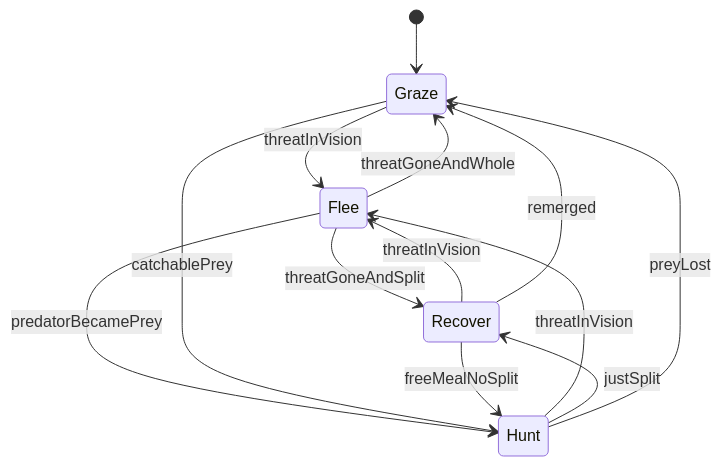
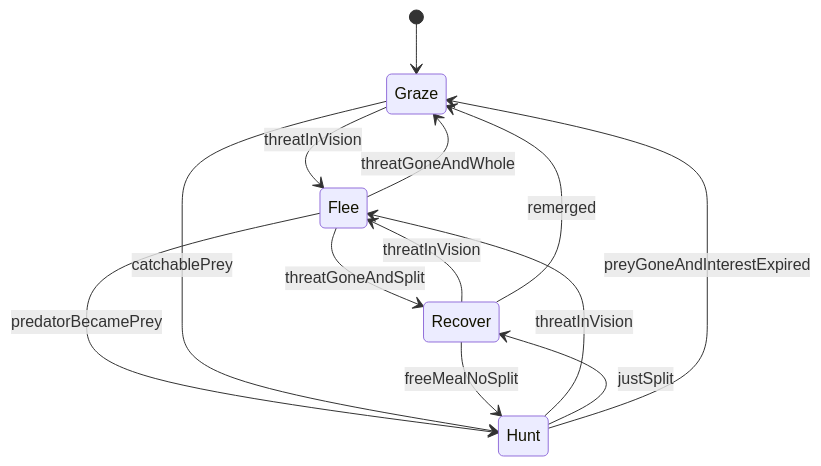
Before and after one commit to jonesjac20/blobby: the diagram in docs/bot-logic.md, drawn with Mermaid. The commit also changed other lines of this file and 2 other files, not shown here.

Commit message:
Added hunting hierarchy and hunt timer to make bots more aggressive and actively chase/seek out prey

````diff
--- a/docs/bot-logic.md
+++ b/docs/bot-logic.md
@@ -58,15 +58,15 @@
 ```mermaid
 stateDiagram-v2
     [*] --> Graze
     Graze --> Flee: threatInVision
     Hunt --> Flee: threatInVision
     Recover --> Flee: threatInVision
     Flee --> Recover: threatGoneAndSplit
     Flee --> Graze: threatGoneAndWhole
     Flee --> Hunt: predatorBecamePrey
     Graze --> Hunt: catchablePrey
     Hunt --> Recover: justSplit
-    Hunt --> Graze: preyLost
+    Hunt --> Graze: preyGoneAndInterestExpired
     Recover --> Hunt: freeMealNoSplit
     Recover --> Graze: remerged
 ```
````
